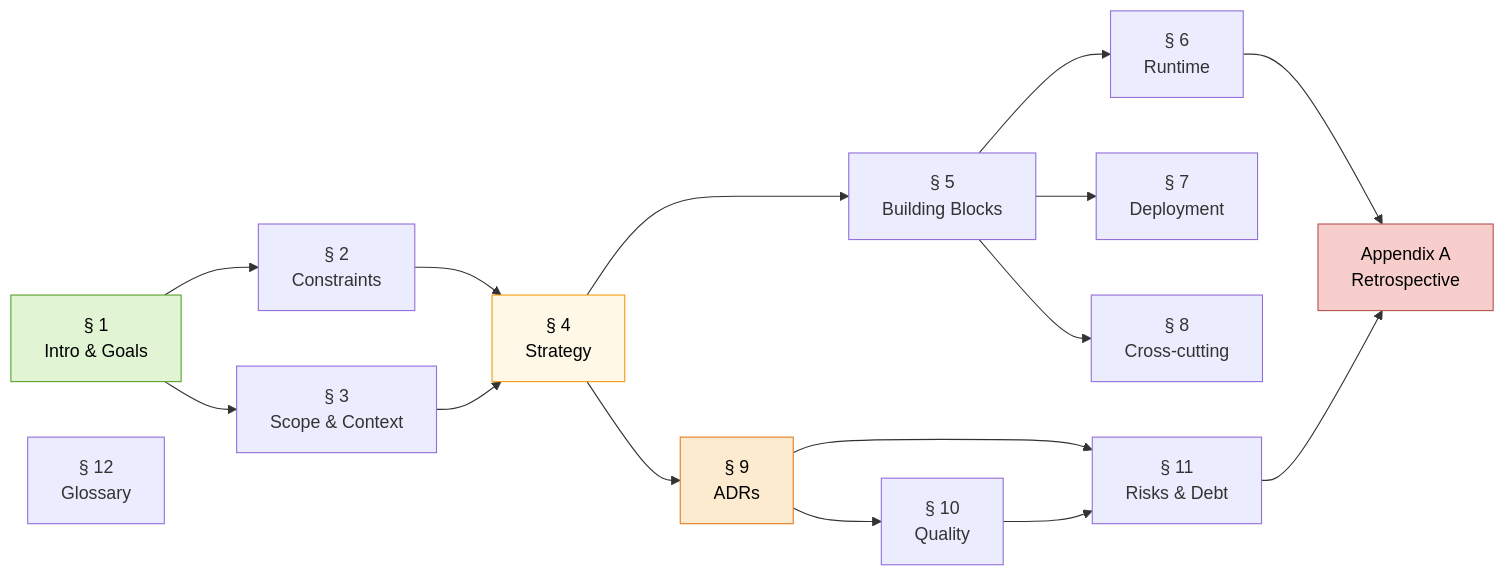
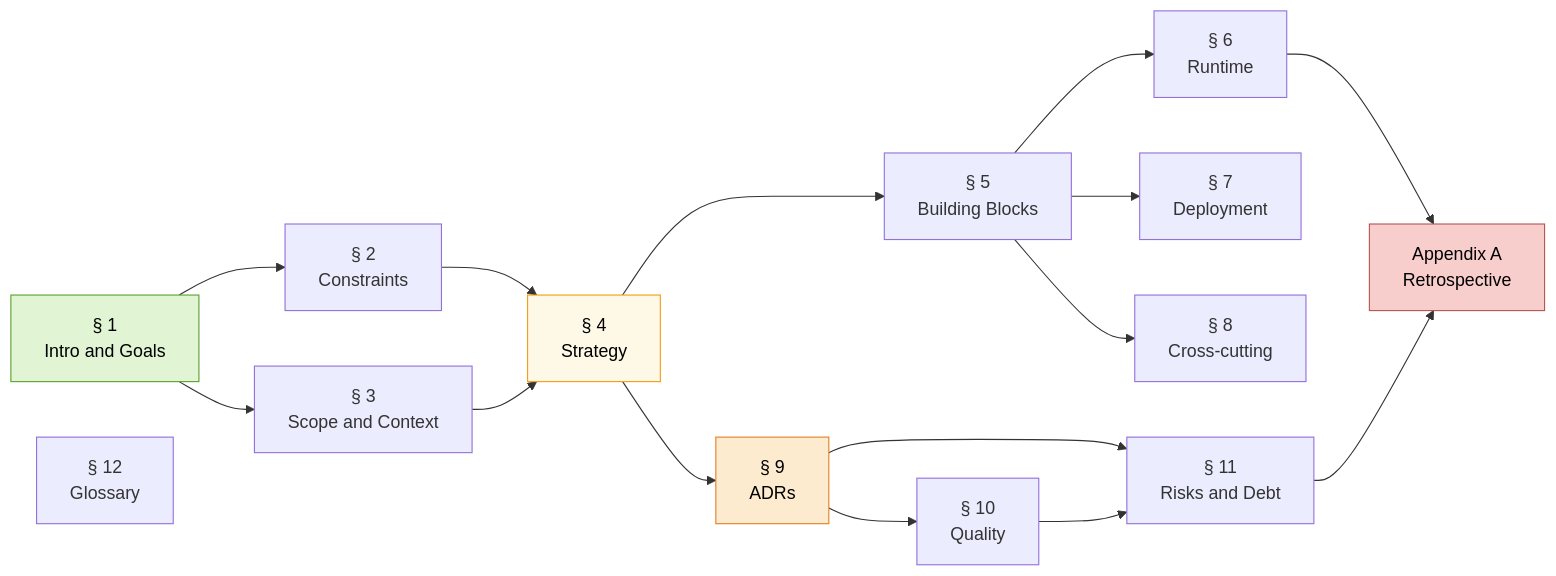
The diagram in docs/arc42/README.md (DimitrisLianos/LLM_Wiki_SecondBrain), drawn with Mermaid before and after one commit. The commit also changed 10 other files, not shown here.

First line of the commit message:
fix: replace HTML entities in Mermaid blocks with plain characters

````diff
--- a/docs/arc42/README.md
+++ b/docs/arc42/README.md
@@ -87,36 +87,36 @@
 ```mermaid
 graph LR
- S1["§ 1<br/>Intro &amp; Goals"]
+ S1["§ 1<br/>Intro and Goals"]
  S2["§ 2<br/>Constraints"]
- S3["§ 3<br/>Scope &amp; Context"]
+ S3["§ 3<br/>Scope and Context"]
  S4["§ 4<br/>Strategy"]
  S5["§ 5<br/>Building Blocks"]
  S6["§ 6<br/>Runtime"]
  S7["§ 7<br/>Deployment"]
  S8["§ 8<br/>Cross-cutting"]
  S9["§ 9<br/>ADRs"]
  S10["§ 10<br/>Quality"]
- S11["§ 11<br/>Risks &amp; Debt"]
+ S11["§ 11<br/>Risks and Debt"]
  S12["§ 12<br/>Glossary"]
  SA["Appendix A<br/>Retrospective"]
 
  S1 --> S2
  S1 --> S3
  S2 --> S4
  S3 --> S4
  S4 --> S5
  S4 --> S9
  S5 --> S6
  S5 --> S7
  S5 --> S8
  S6 --> SA
  S9 --> S10
  S9 --> S11
  S10 --> S11
  S11 --> SA
 
  style S1 fill:#e1f5d4,stroke:#5aa02c,color:#000
  style S4 fill:#fef9e7,stroke:#f39c12,color:#000
  style S9 fill:#fdebd0,stroke:#e67e22,color:#000
  style SA fill:#f8cecc,stroke:#b85450,color:#000
 ```
````
